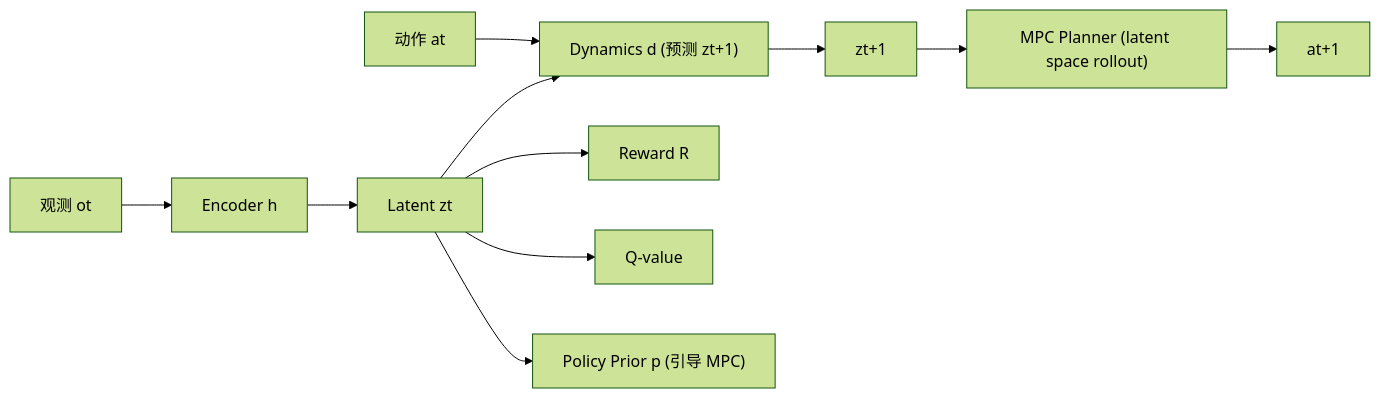
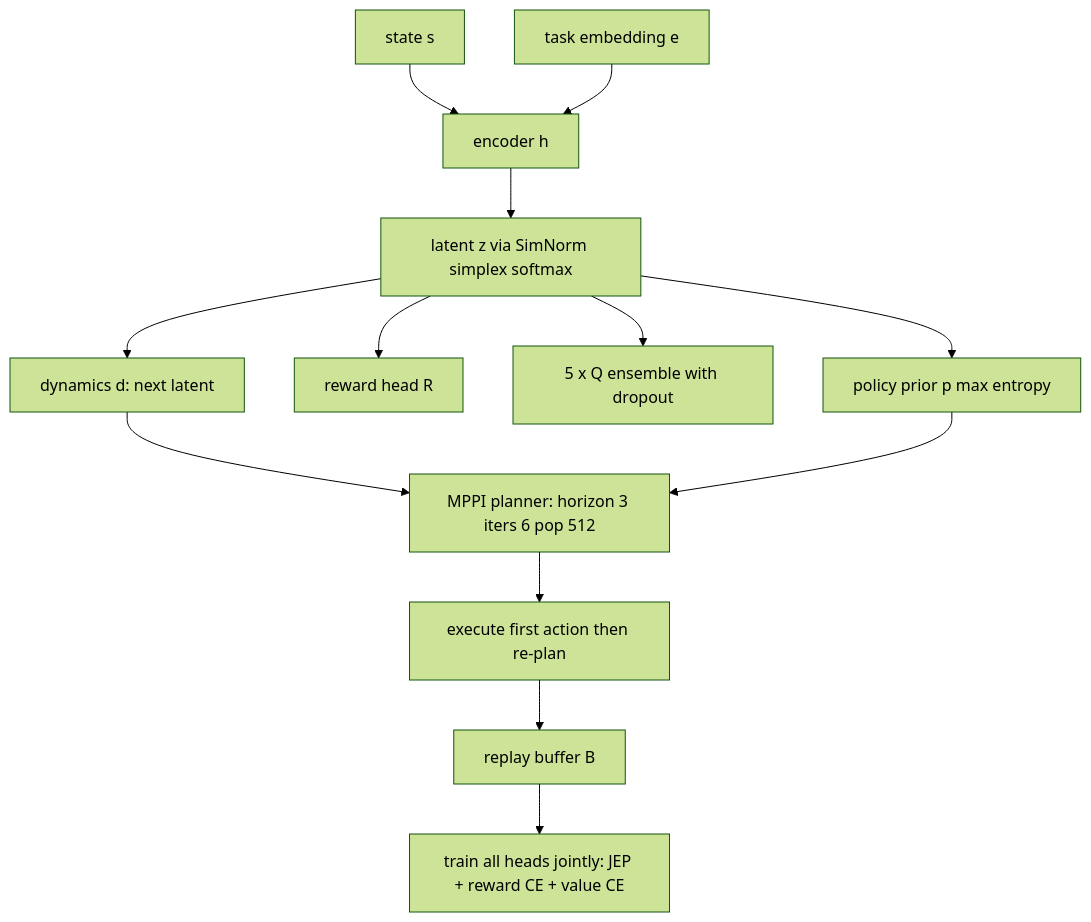
Before and after one commit to luohu-arch/physical_intelligence_study: the diagram in notes/world-model/td-mpc2.md, drawn with Mermaid (forest theme). The commit also changed other lines of this file and 35 other files, not shown here.

````diff
--- a/notes/world-model/td-mpc2.md
+++ b/notes/world-model/td-mpc2.md
@@ -29,13 +50,15 @@
 ```mermaid
-graph LR
-    O["观测 ot"] --> ENC["Encoder h"]
-    ENC --> Z["Latent zt"]
-    Z --> DYN["Dynamics d (预测 zt+1)"]
-    Z --> R["Reward R"]
-    Z --> Q["Q-value"]
-    Z --> P["Policy Prior p (引导 MPC)"]
-    A["动作 at"] --> DYN
-    DYN --> ZNEXT["zt+1"]
-    ZNEXT --> PLAN["MPC Planner (latent space rollout)"]
-    PLAN --> ANEXT["at+1"]
+flowchart TB
+    S["state s"] --> ENC["encoder h"]
+    E["task embedding e"] --> ENC
+    ENC --> Z["latent z via SimNorm simplex softmax"]
+    Z --> DYN["dynamics d: next latent"]
+    Z --> RW["reward head R"]
+    Z --> QN["5 x Q ensemble with dropout"]
+    Z --> PP["policy prior p max entropy"]
+    DYN --> PLAN["MPPI planner: horizon 3 iters 6 pop 512"]
+    PP --> PLAN
+    PLAN --> ACT["execute first action then re-plan"]
+    ACT --> BUF["replay buffer B"] 
+    BUF --> TR["train all heads jointly: JEP + reward CE + value CE"]
 ```
````
